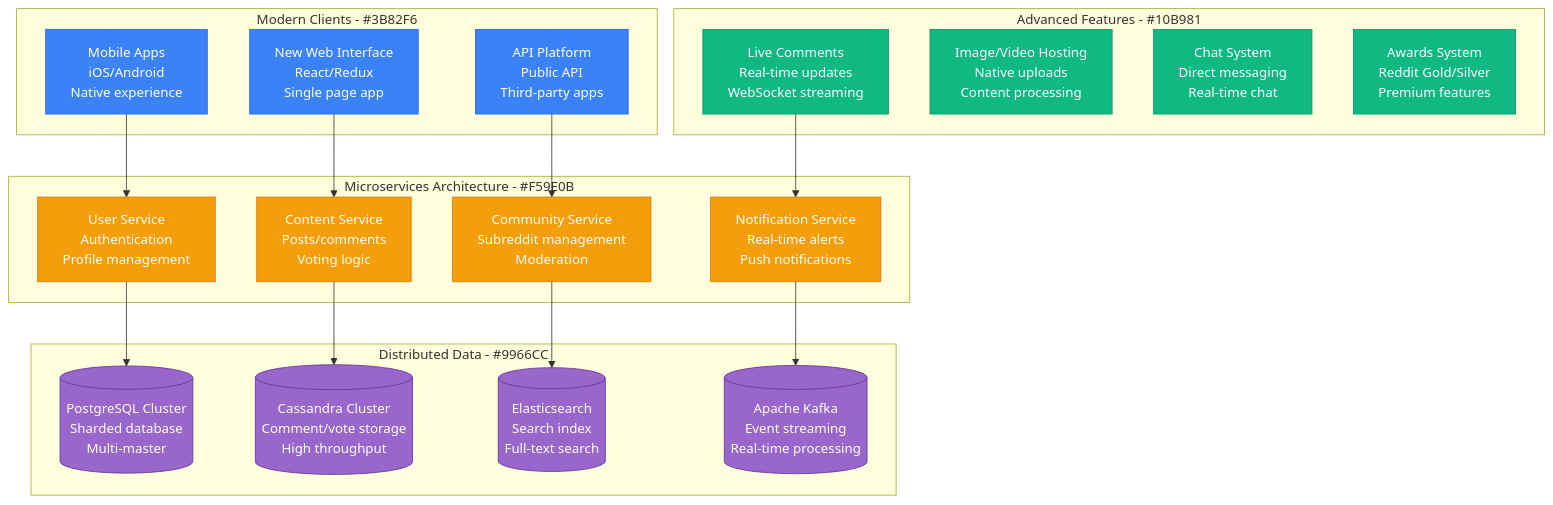
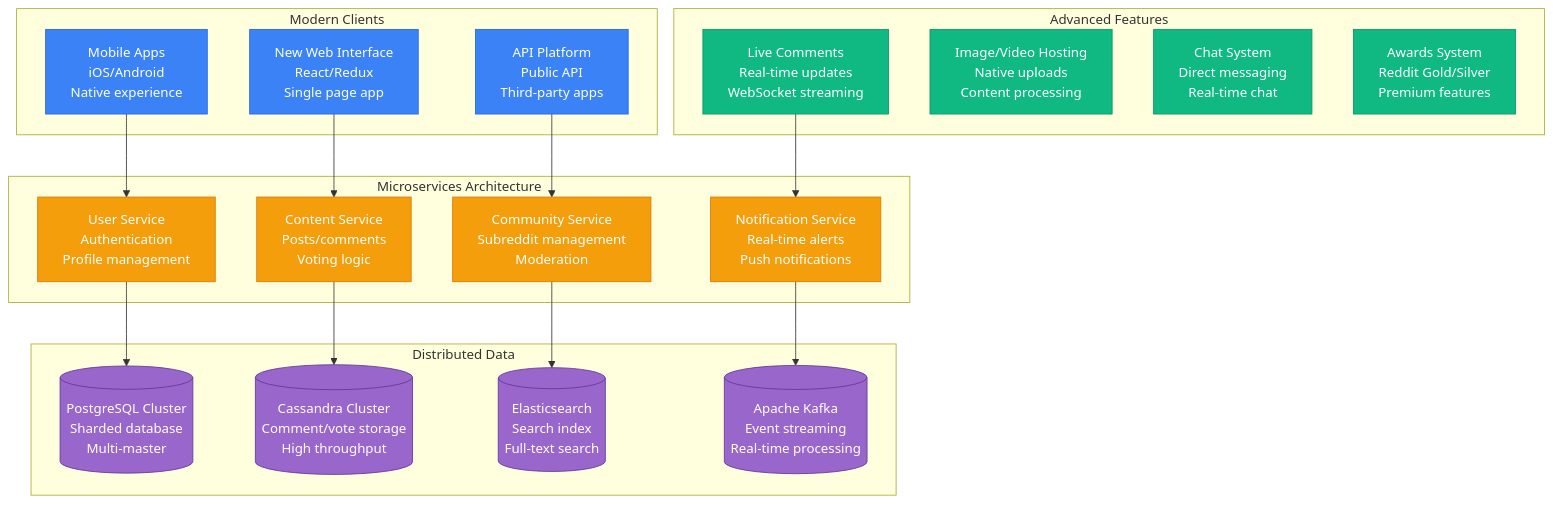
One commit to deepaucksharma/DS changed the third of 3 diagrams in site/docs/scaling/reddit-scale-evolution.md. Above: the diagram before and after it, drawn with Mermaid. The commit also changed other lines of this file and 169 other files, not shown here.

````diff
--- a/site/docs/scaling/reddit-scale-evolution.md
+++ b/site/docs/scaling/reddit-scale-evolution.md
@@ -117,48 +117,48 @@
 ```mermaid
 graph TB
-    subgraph ModernClients[Modern Clients - #3B82F6]
+    subgraph ModernClients["Modern Clients"]
         MOBILE_APPS[Mobile Apps<br/>iOS/Android<br/>Native experience]
         NEW_WEB[New Web Interface<br/>React/Redux<br/>Single page app]
         API_PLATFORM[API Platform<br/>Public API<br/>Third-party apps]
     end
 
-    subgraph AdvancedFeatures[Advanced Features - #10B981]
+    subgraph AdvancedFeatures["Advanced Features"]
         LIVE_COMMENTS[Live Comments<br/>Real-time updates<br/>WebSocket streaming]
         IMAGE_HOSTING[Image/Video Hosting<br/>Native uploads<br/>Content processing]
         CHAT_SYSTEM[Chat System<br/>Direct messaging<br/>Real-time chat]
         AWARDS_SYSTEM[Awards System<br/>Reddit Gold/Silver<br/>Premium features]
     end
 
-    subgraph MicroservicesArch[Microservices Architecture - #F59E0B]
+    subgraph MicroservicesArch["Microservices Architecture"]
         USER_SERVICE[User Service<br/>Authentication<br/>Profile management]
         CONTENT_SERVICE[Content Service<br/>Posts/comments<br/>Voting logic]
         COMMUNITY_SERVICE[Community Service<br/>Subreddit management<br/>Moderation]
         NOTIFICATION_SERVICE[Notification Service<br/>Real-time alerts<br/>Push notifications]
     end
 
-    subgraph DistributedData[Distributed Data - #9966CC]
+    subgraph DistributedData["Distributed Data"]
         POSTGRES_CLUSTER[(PostgreSQL Cluster<br/>Sharded database<br/>Multi-master)]
         CASSANDRA_CLUSTER[(Cassandra Cluster<br/>Comment/vote storage<br/>High throughput)]
         ELASTICSEARCH[(Elasticsearch<br/>Search index<br/>Full-text search)]
         KAFKA[(Apache Kafka<br/>Event streaming<br/>Real-time processing)]
     end
 
     MOBILE_APPS --> USER_SERVICE
     NEW_WEB --> CONTENT_SERVICE
     API_PLATFORM --> COMMUNITY_SERVICE
     LIVE_COMMENTS --> NOTIFICATION_SERVICE
     USER_SERVICE --> POSTGRES_CLUSTER
     CONTENT_SERVICE --> CASSANDRA_CLUSTER
     COMMUNITY_SERVICE --> ELASTICSEARCH
     NOTIFICATION_SERVICE --> KAFKA
 
     classDef clientStyle fill:#3B82F6,stroke:#2563EB,color:#fff
     classDef featureStyle fill:#10B981,stroke:#059669,color:#fff
     classDef serviceStyle fill:#F59E0B,stroke:#D97706,color:#fff
     classDef dataStyle fill:#9966CC,stroke:#663399,color:#fff
 
     class MOBILE_APPS,NEW_WEB,API_PLATFORM clientStyle
     class LIVE_COMMENTS,IMAGE_HOSTING,CHAT_SYSTEM,AWARDS_SYSTEM featureStyle
     class USER_SERVICE,CONTENT_SERVICE,COMMUNITY_SERVICE,NOTIFICATION_SERVICE serviceStyle
     class POSTGRES_CLUSTER,CASSANDRA_CLUSTER,ELASTICSEARCH,KAFKA dataStyle
 ```
````
